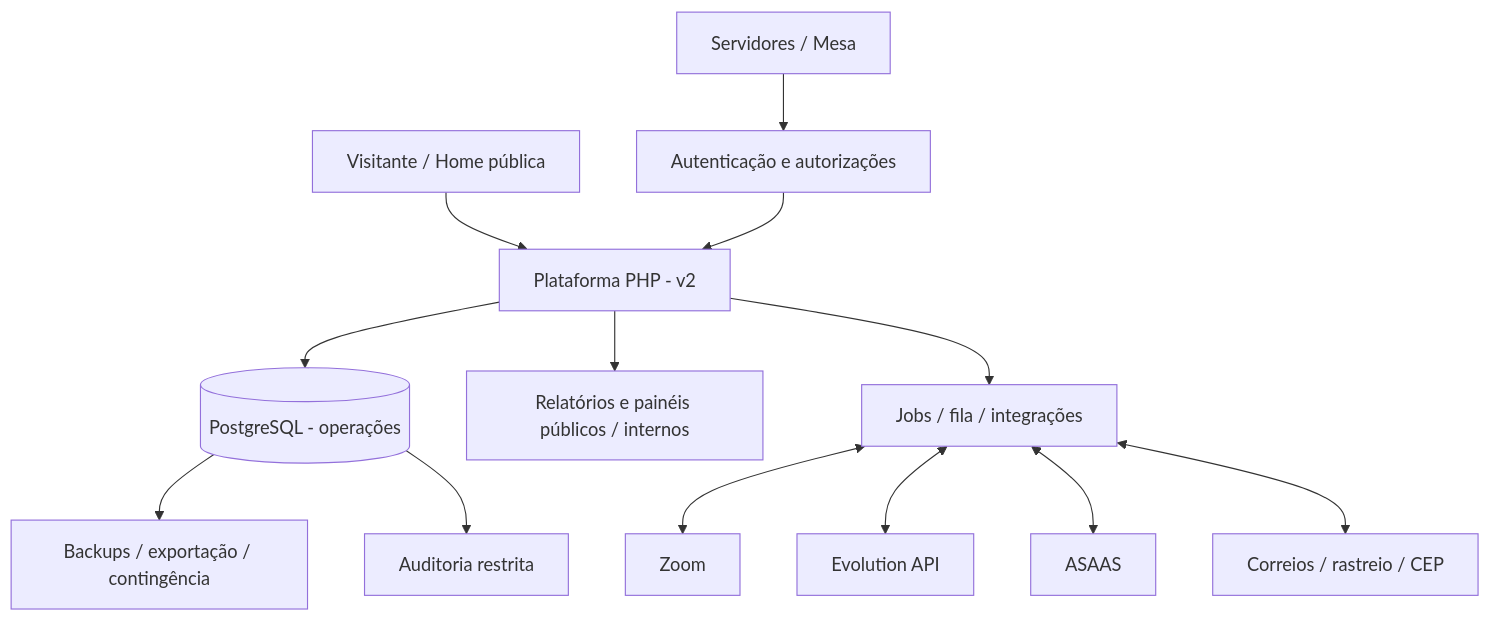
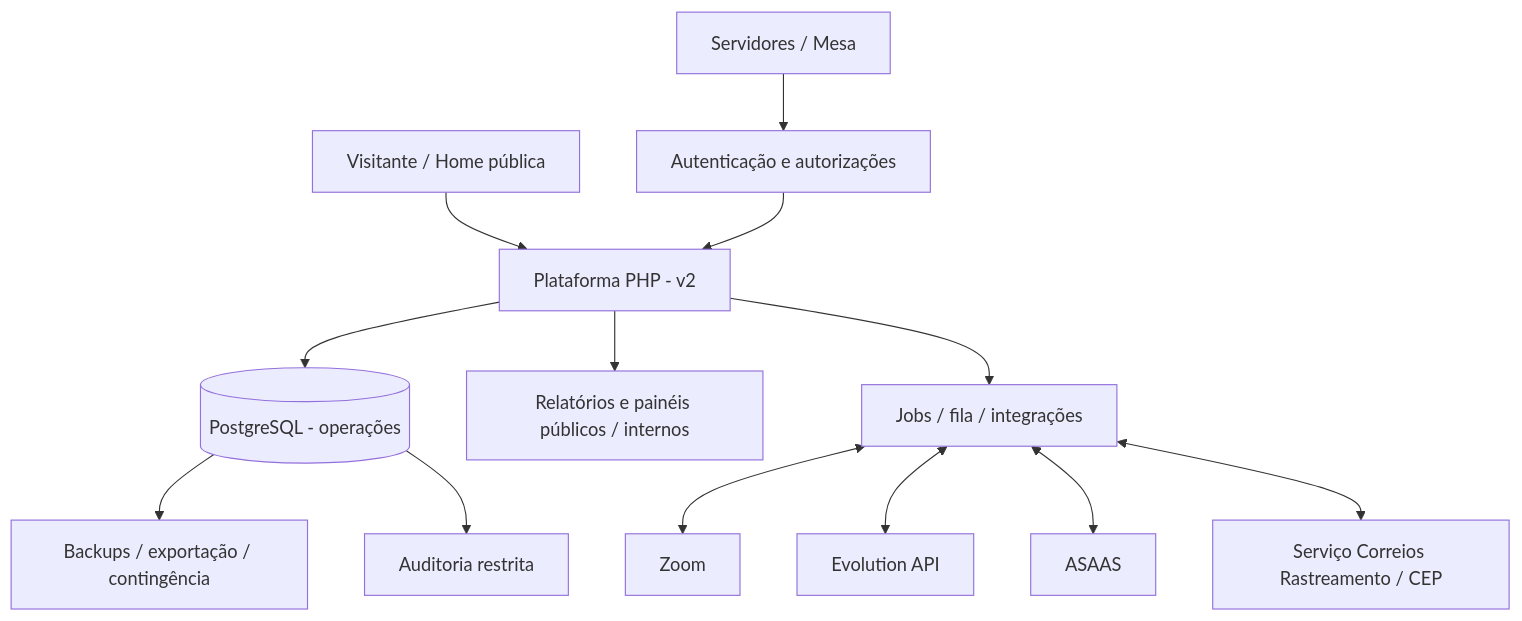
One commit to grupoquarentena/site changed the third of 4 diagrams in ProductBrief.md. Above: the diagram before and after it, drawn with Mermaid. The commit also changed other lines of this file and 4 other files, not shown here.

````diff
--- a/ProductBrief.md
+++ b/ProductBrief.md
@@ -116,15 +131,15 @@
 ```mermaid
 flowchart TB
   PUBLIC[Visitante / Home pública] --> CORE[Plataforma PHP - v2]
   STAFF[Servidores / Mesa] --> AUTH[Autenticação e autorizações]
   AUTH --> CORE
   CORE --> DB[(PostgreSQL - operações)]
   CORE --> DASH[Relatórios e painéis públicos / internos]
   CORE --> Q[Jobs / fila / integrações]
   Q <--> Z[Zoom]
   Q <--> E[Evolution API]
   Q <--> A[ASAAS]
-  Q <--> K[Correios / rastreio / CEP]
+  Q <--> K[Serviço Correios Rastreamento / CEP]
   DB --> EXPORT[Backups / exportação / contingência]
   DB --> AUD[Auditoria restrita]
 ```
````
